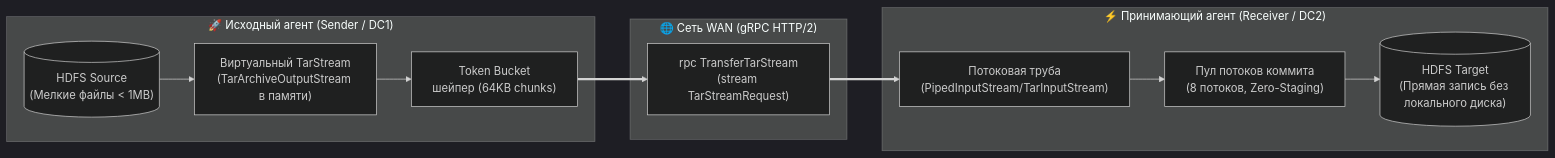
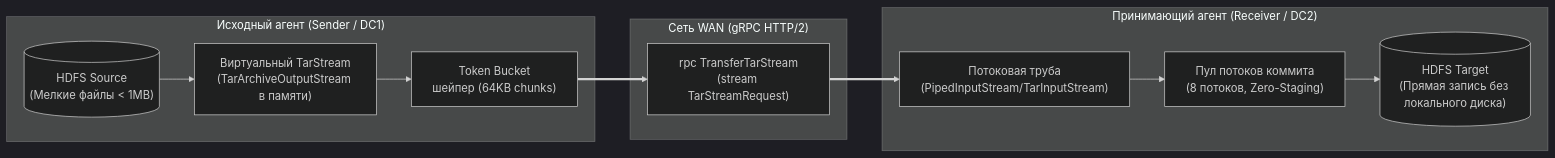
The fifth of 7 diagrams in docs/replicator-admin-guide.md (balookrd/hadoop-explorer), drawn with Mermaid (dark theme) before and after one commit. The commit also changed other lines of this file and 48 other files, not shown here.

````diff
--- a/docs/replicator-admin-guide.md
+++ b/docs/replicator-admin-guide.md
@@ -2053,22 +2044,22 @@
 ```mermaid
 flowchart LR
-    subgraph Sender["🚀 Исходный агент (Sender / DC1)"]
+    subgraph Sender["Исходный агент (Sender / DC1)"]
         FS1[("HDFS Source<br/>(Мелкие файлы < 1MB)")]
         TarOut["Виртуальный TarStream<br/>(TarArchiveOutputStream в памяти)"]
         Shaper["Token Bucket<br/>шейпер (64KB chunks)"]
         FS1 --> TarOut --> Shaper
     end
 
-    subgraph Net["🌐 Сеть WAN (gRPC HTTP/2)"]
+    subgraph Net["Сеть WAN (gRPC HTTP/2)"]
         RPC["rpc TransferTarStream<br/>(stream TarStreamRequest)"]
     end
 
-    subgraph Receiver["⚡ Принимающий агент (Receiver / DC2)"]
+    subgraph Receiver["Принимающий агент (Receiver / DC2)"]
         Piped["Потоковая труба<br/>(PipedInputStream/TarInputStream)"]
         Pool["Пул потоков коммита<br/>(8 потоков, Zero-Staging)"]
         FS2[("HDFS Target<br/>(Прямая запись без локального диска)")]
         Piped --> Pool --> FS2
     end
 
     Shaper ==> RPC ==> Piped
 ```
````
